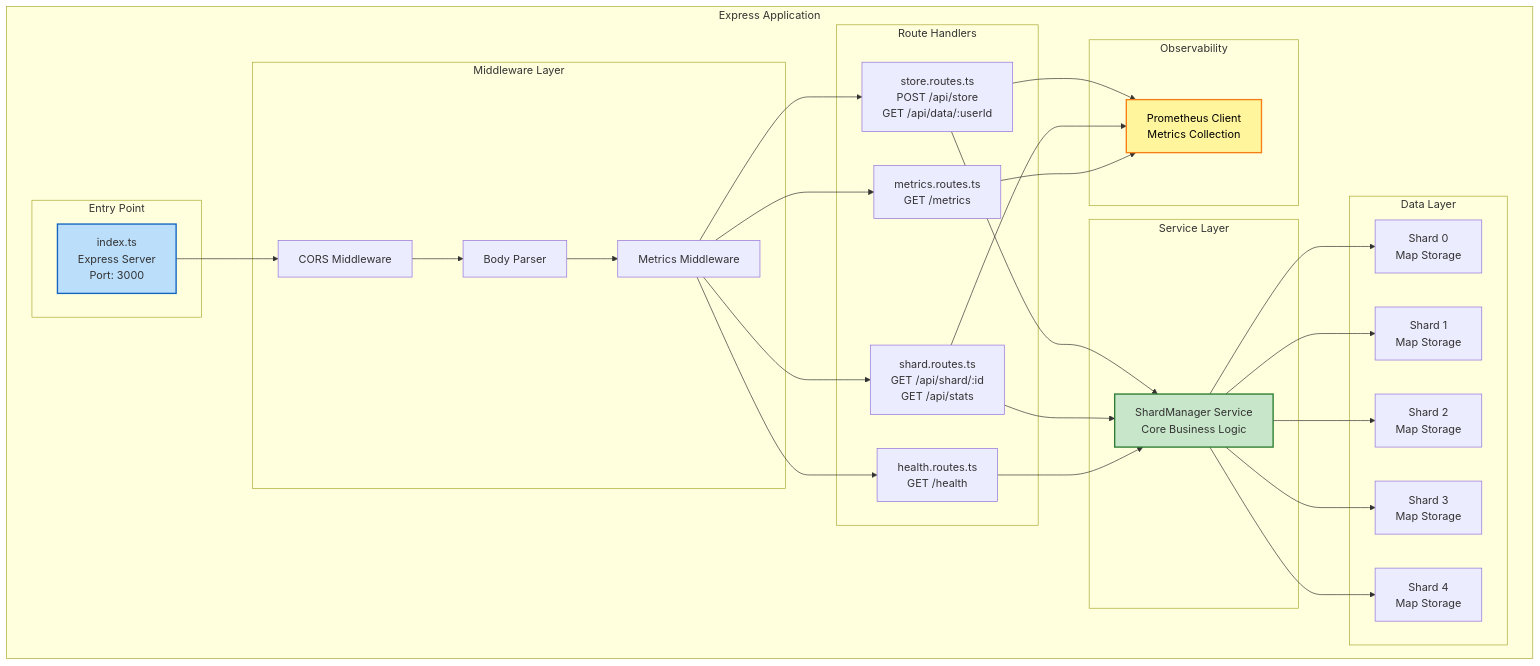
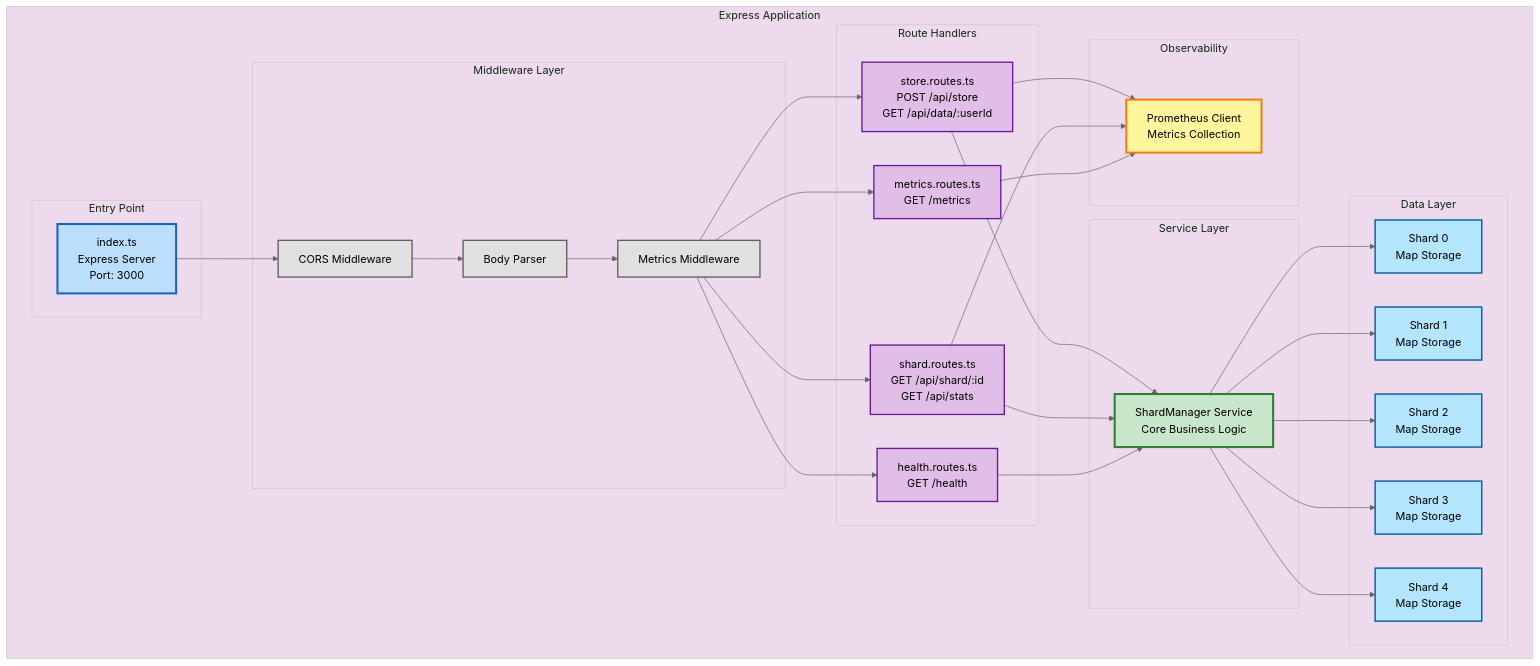
The second of 10 diagrams in ARCHITECTURE.md (Demilade01/sharded-data-service), drawn with Mermaid before and after one commit. The commit also changed other lines of this file, not shown here.

````diff
--- a/ARCHITECTURE.md
+++ b/ARCHITECTURE.md
@@ -71,63 +57,76 @@
 ```mermaid
+%%{init: {'theme':'base', 'themeVariables': { 'primaryColor':'#c8e6c9','primaryTextColor':'#000','primaryBorderColor':'#2e7d32','lineColor':'#666'}}}%%
 graph TB
     subgraph "Express Application"
         subgraph "Entry Point"
             Main[index.ts<br/>Express Server<br/>Port: 3000]
         end
 
         subgraph "Middleware Layer"
             CORS[CORS Middleware]
             JSON[Body Parser]
             Metrics[Metrics Middleware]
         end
 
         subgraph "Route Handlers"
             StoreRoute[store.routes.ts<br/>POST /api/store<br/>GET /api/data/:userId]
             ShardRoute[shard.routes.ts<br/>GET /api/shard/:id<br/>GET /api/stats]
             MetricsRoute[metrics.routes.ts<br/>GET /metrics]
             HealthRoute[health.routes.ts<br/>GET /health]
         end
 
         subgraph "Service Layer"
             ShardMgr[ShardManager Service<br/>Core Business Logic]
         end
 
         subgraph "Data Layer"
             Shard0[Shard 0<br/>Map Storage]
             Shard1[Shard 1<br/>Map Storage]
             Shard2[Shard 2<br/>Map Storage]
             Shard3[Shard 3<br/>Map Storage]
             Shard4[Shard 4<br/>Map Storage]
         end
 
         subgraph "Observability"
             PromClient[Prometheus Client<br/>Metrics Collection]
         end
     end
 
     Main --> CORS
     CORS --> JSON
     JSON --> Metrics
     Metrics --> StoreRoute
     Metrics --> ShardRoute
     Metrics --> MetricsRoute
     Metrics --> HealthRoute
 
     StoreRoute --> ShardMgr
     ShardRoute --> ShardMgr
     HealthRoute --> ShardMgr
 
     ShardMgr --> Shard0
     ShardMgr --> Shard1
     ShardMgr --> Shard2
     ShardMgr --> Shard3
     ShardMgr --> Shard4
 
     StoreRoute --> PromClient
     ShardRoute --> PromClient
     MetricsRoute --> PromClient
 
-    style Main fill:#bbdefb,stroke:#1565c0,stroke-width:2px
-    style ShardMgr fill:#c8e6c9,stroke:#2e7d32,stroke-width:2px
-    style PromClient fill:#fff59d,stroke:#f57f17,stroke-width:2px,color:#000
+    style Main fill:#bbdefb,stroke:#1565c0,stroke-width:3px,color:#000
+    style ShardMgr fill:#c8e6c9,stroke:#2e7d32,stroke-width:3px,color:#000
+    style PromClient fill:#fff59d,stroke:#f57f17,stroke-width:3px,color:#000
+    style CORS fill:#e0e0e0,stroke:#616161,stroke-width:2px,color:#000
+    style JSON fill:#e0e0e0,stroke:#616161,stroke-width:2px,color:#000
+    style Metrics fill:#e0e0e0,stroke:#616161,stroke-width:2px,color:#000
+    style StoreRoute fill:#e1bee7,stroke:#6a1b9a,stroke-width:2px,color:#000
+    style ShardRoute fill:#e1bee7,stroke:#6a1b9a,stroke-width:2px,color:#000
+    style MetricsRoute fill:#e1bee7,stroke:#6a1b9a,stroke-width:2px,color:#000
+    style HealthRoute fill:#e1bee7,stroke:#6a1b9a,stroke-width:2px,color:#000
+    style Shard0 fill:#b3e5fc,stroke:#01579b,stroke-width:2px,color:#000
+    style Shard1 fill:#b3e5fc,stroke:#01579b,stroke-width:2px,color:#000
+    style Shard2 fill:#b3e5fc,stroke:#01579b,stroke-width:2px,color:#000
+    style Shard3 fill:#b3e5fc,stroke:#01579b,stroke-width:2px,color:#000
+    style Shard4 fill:#b3e5fc,stroke:#01579b,stroke-width:2px,color:#000
 ```
````
